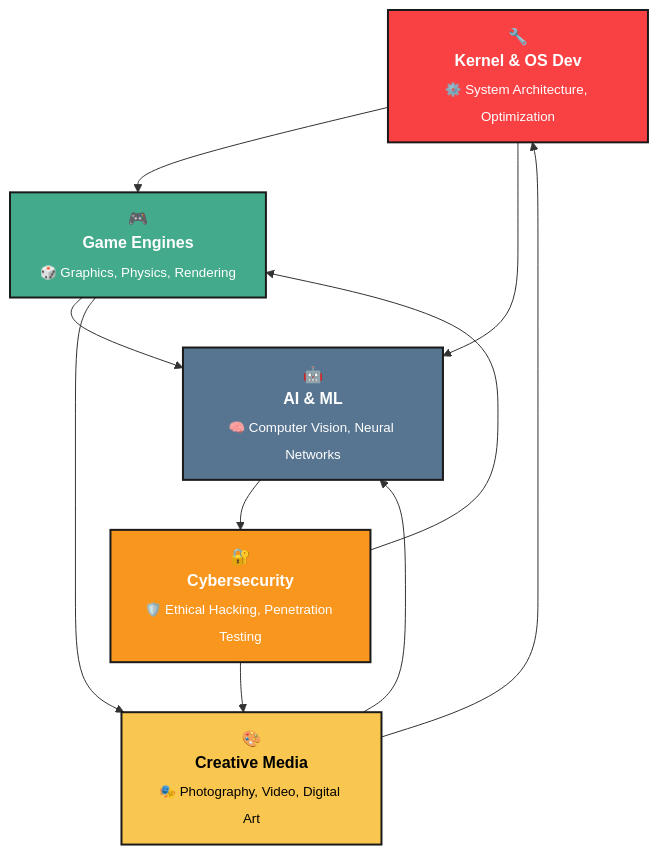
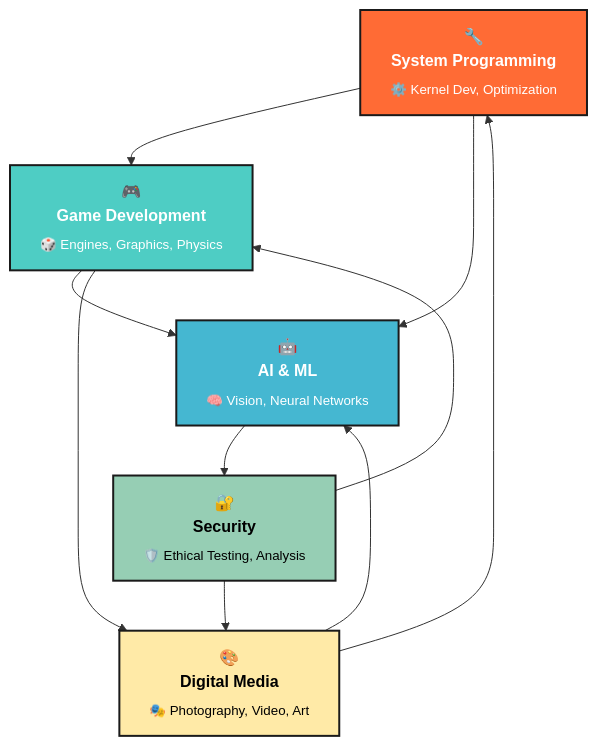
Before and after one commit to TechnoAdams/TechnoAdams: the diagram in README.md, drawn with Mermaid. The commit also changed other lines of this file, not shown here.

````diff
--- a/README.md
+++ b/README.md
@@ -171,28 +171,28 @@
 ```mermaid
 graph TD
-    OS["🔧<br><b>Kernel & OS Dev</b><br><sub>⚙️ System Architecture, Optimization</sub>"]:::core
-    Game["🎮<br><b>Game Engines</b><br><sub>🎲 Graphics, Physics, Rendering</sub>"]:::tech
-    AI["🤖<br><b>AI & ML</b><br><sub>🧠 Computer Vision, Neural Networks</sub>"]:::ml
-    Security["🔐<br><b>Cybersecurity</b><br><sub>🛡️ Ethical Hacking, Penetration Testing</sub>"]:::security
-    Creative["🎨<br><b>Creative Media</b><br><sub>🎭 Photography, Video, Digital Art</sub>"]:::creative
+    System["🔧<br><b>System Programming</b><br><sub>⚙️ Kernel Dev, Optimization</sub>"]:::core
+    Gaming["🎮<br><b>Game Development</b><br><sub>🎲 Engines, Graphics, Physics</sub>"]:::tech
+    Intelligence["🤖<br><b>AI & ML</b><br><sub>🧠 Vision, Neural Networks</sub>"]:::ml
+    Security["🔐<br><b>Security</b><br><sub>🛡️ Ethical Testing, Analysis</sub>"]:::security
+    Creative["🎨<br><b>Digital Media</b><br><sub>🎭 Photography, Video, Art</sub>"]:::creative
 
     %% Circular connections
-    OS --> Game
-    Game --> AI
-    AI --> Security
+    System --> Gaming
+    Gaming --> Intelligence
+    Intelligence --> Security
     Security --> Creative
-    Creative --> OS
+    Creative --> System
 
     %% Cross-links
-    OS --> AI
-    Game --> Creative
-    Security --> Game
-    Creative --> AI
+    System --> Intelligence
+    Gaming --> Creative
+    Security --> Gaming
+    Creative --> Intelligence
 
     %% Styles
-    classDef core fill:#F94144,stroke:#1a1a1a,color:#fff,stroke-width:2px
-    classDef tech fill:#43AA8B,stroke:#1a1a1a,color:#fff,stroke-width:2px
-    classDef ml fill:#577590,stroke:#1a1a1a,color:#fff,stroke-width:2px
-    classDef security fill:#F8961E,stroke:#1a1a1a,color:#fff,stroke-width:2px
-    classDef creative fill:#F9C74F,stroke:#1a1a1a,color:#000,stroke-width:2px
+    classDef core fill:#FF6B35,stroke:#1a1a1a,color:#fff,stroke-width:2px
+    classDef tech fill:#4ECDC4,stroke:#1a1a1a,color:#fff,stroke-width:2px
+    classDef ml fill:#45B7D1,stroke:#1a1a1a,color:#fff,stroke-width:2px
+    classDef security fill:#96CEB4,stroke:#1a1a1a,color:#000,stroke-width:2px
+    classDef creative fill:#FFEAA7,stroke:#1a1a1a,color:#000,stroke-width:2px
 ```
````
